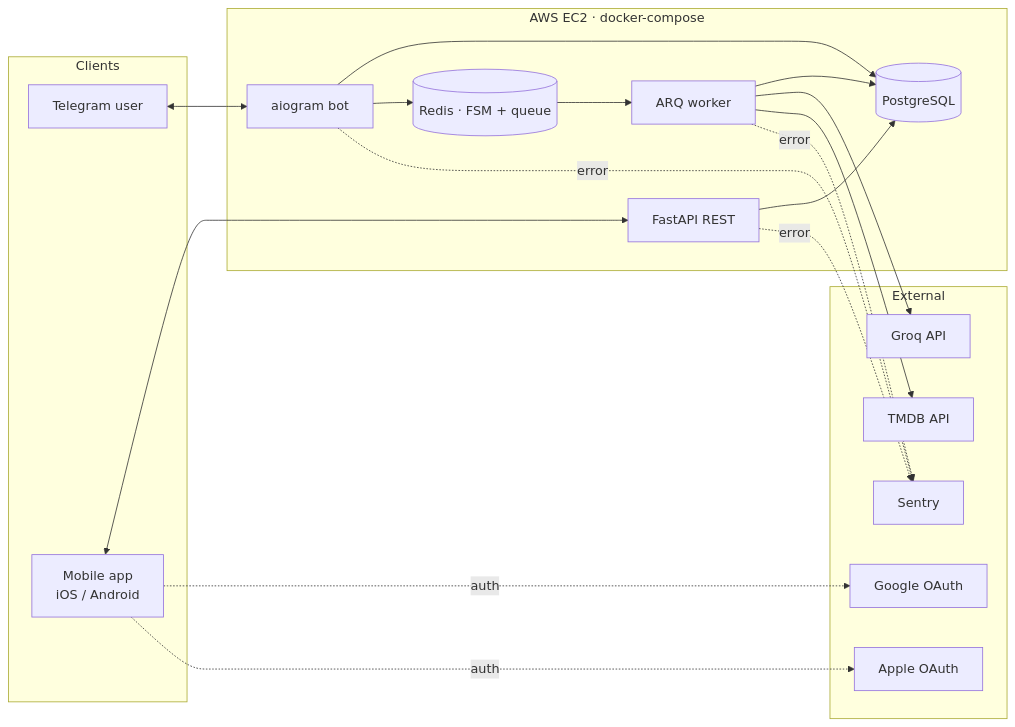
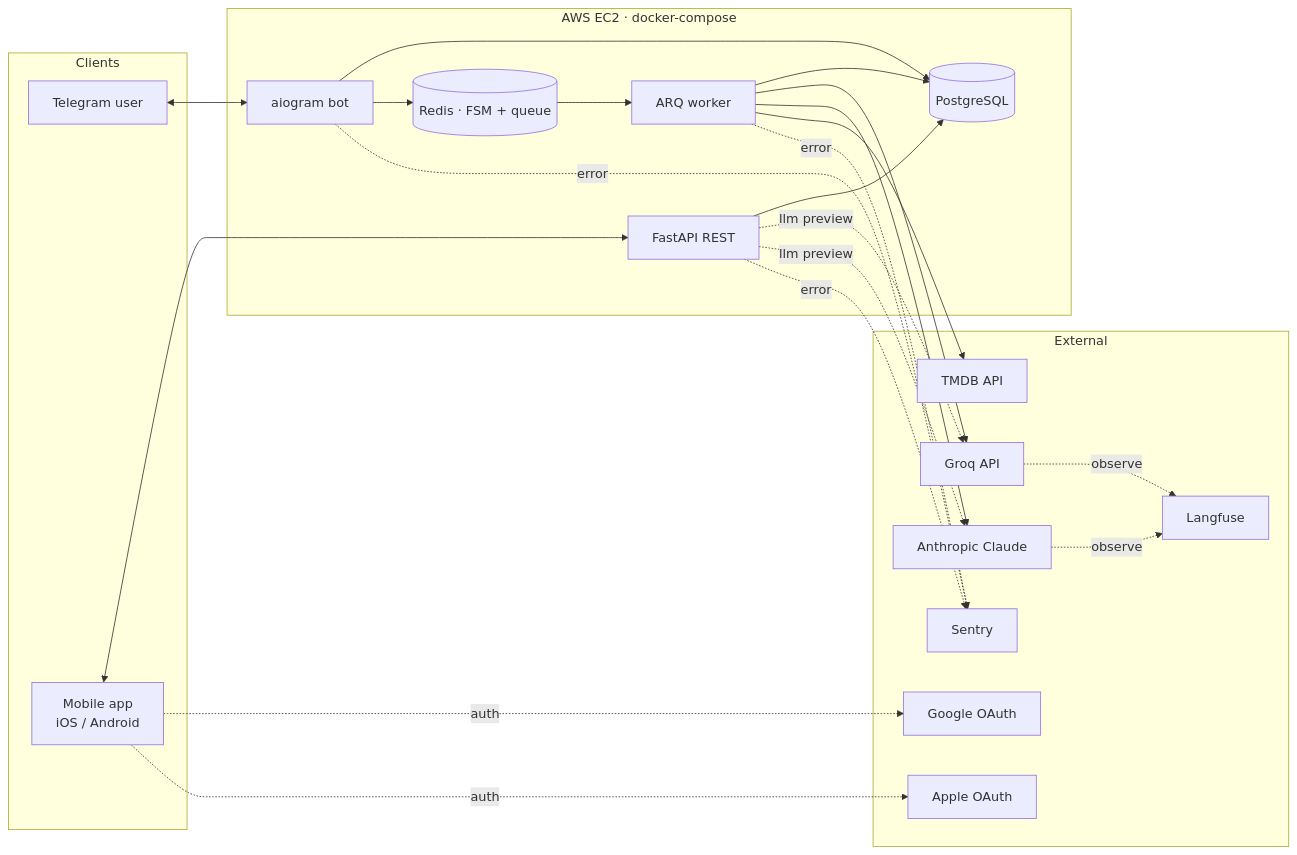
The diagram in README.md (kotbarbarossa/barba-film-bot), drawn with Mermaid before and after one commit. The commit also changed other lines of this file and 17 other files, not shown here.

Commit message:
feat(llm): multi-provider LLM client, Claude support, Langfuse observability

````diff
--- a/README.md
+++ b/README.md
@@ -170,38 +170,45 @@
 ```mermaid
 flowchart LR
   subgraph Clients
     TG[Telegram user]
     MOB[Mobile app\niOS / Android]
   end
 
   subgraph AWS_EC2["AWS EC2 · docker-compose"]
     BOT[aiogram bot]
     API[FastAPI REST]
     WORKER[ARQ worker]
     PG[(PostgreSQL)]
     RED[(Redis · FSM + queue)]
   end
 
   subgraph External
     GROQ[Groq API]
+    CLAUDE[Anthropic Claude]
     TMDB[TMDB API]
     SENTRY[Sentry]
+    LANGFUSE[Langfuse]
     GOOG[Google OAuth]
     APPLE[Apple OAuth]
   end
 
   TG <--> BOT
   MOB <--> API
   BOT --> PG
   BOT --> RED
   API --> PG
   RED --> WORKER
   WORKER --> PG
   WORKER --> GROQ
+  WORKER --> CLAUDE
   WORKER --> TMDB
+  API -.llm preview.-> GROQ
+  API -.llm preview.-> CLAUDE
+  GROQ -.observe.-> LANGFUSE
+  CLAUDE -.observe.-> LANGFUSE
   MOB -.auth.-> GOOG
   MOB -.auth.-> APPLE
   BOT -.error.-> SENTRY
   API -.error.-> SENTRY
   WORKER -.error.-> SENTRY
 ```
````
